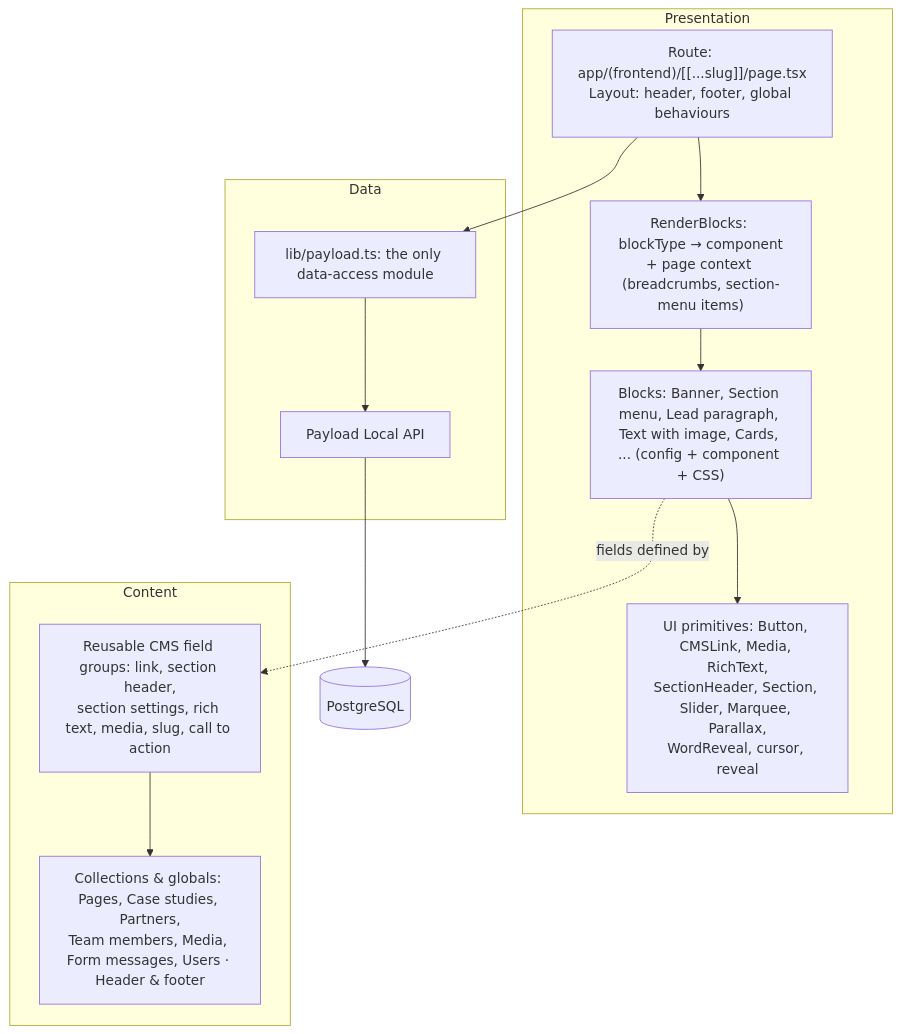
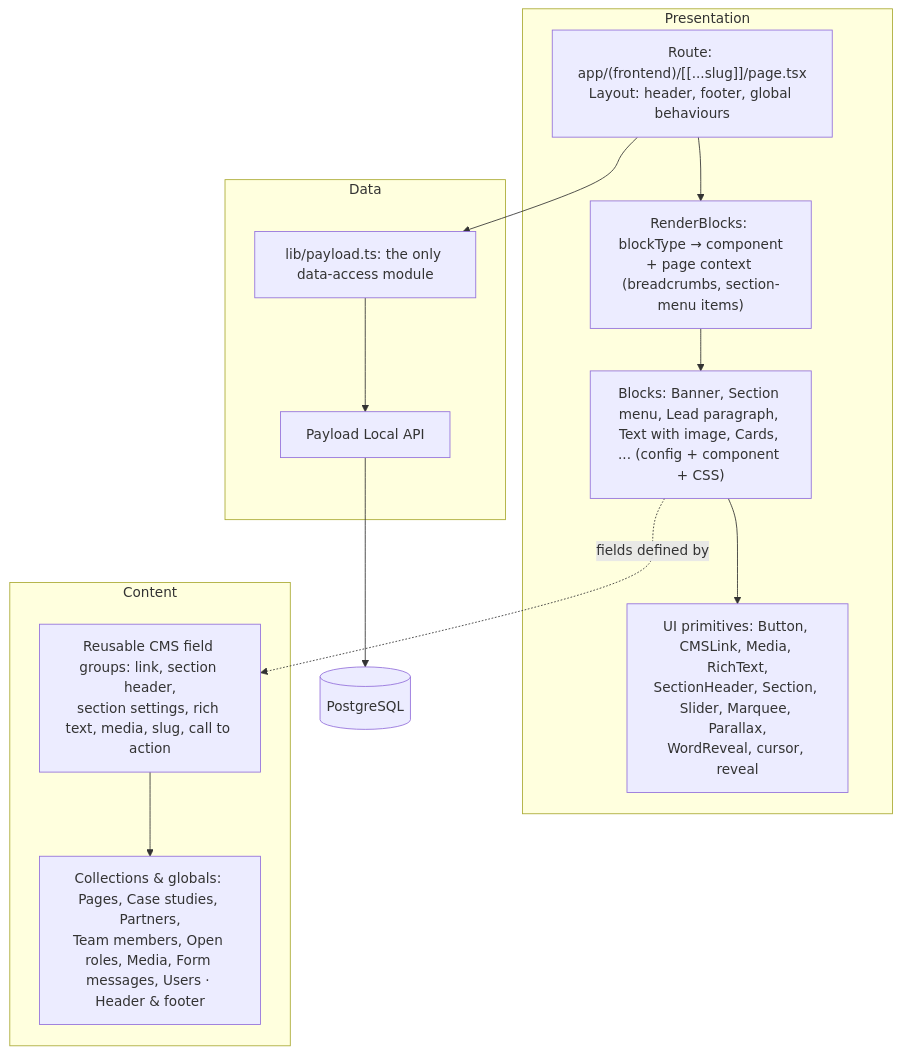
One commit to nidheeshvb/PLG changed the second of 8 diagrams in docs/architecture.md. Above: the diagram before and after it, drawn with Mermaid. The commit also changed other lines of this file and 40 other files, not shown here.

````diff
--- a/docs/architecture.md
+++ b/docs/architecture.md
@@ -50,21 +50,21 @@
 ```mermaid
 flowchart TB
   subgraph Presentation
     R["Route: app/(frontend)/[[...slug]]/page.tsx<br/>Layout: header, footer, global behaviours"]
     RB["RenderBlocks: blockType → component<br/>+ page context (breadcrumbs, section-menu items)"]
     B["Blocks: Banner, Section menu, Lead paragraph, Text with image, Cards, ... (config + component + CSS)"]
     UI["UI primitives: Button, CMSLink, Media, RichText,<br/>SectionHeader, Section, Slider, Marquee, Parallax,<br/>WordReveal, cursor, reveal"]
   end
   subgraph Content
     F["Reusable CMS field groups: link, section header,<br/>section settings, rich text, media, slug, call to action"]
-    COL["Collections & globals: Pages, Case studies, Partners,<br/>Team members, Media, Form messages, Users · Header & footer"]
+    COL["Collections & globals: Pages, Case studies, Partners,<br/>Team members, Open roles, Media, Form messages, Users · Header & footer"]
   end
   subgraph Data
     L["lib/payload.ts: the only data-access module"]
     P[Payload Local API]
   end
   R --> RB --> B --> UI
   B -. fields defined by .-> F
   F --> COL
   R --> L --> P --> PG[(PostgreSQL)]
 ```
````
